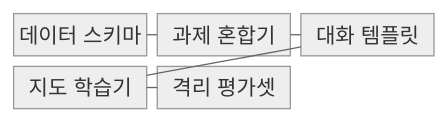
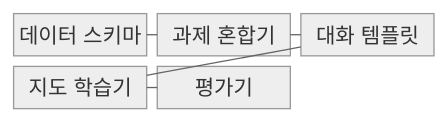
Before and after one commit to agnusdei1207/knowledge-base: the first of 2 diagrams in src/content/docs/notes/08-latest-tech/060_instruction_tuning.md, drawn with Mermaid (neutral theme). The commit also changed other lines of this file and 20 other files, not shown here.

````diff
--- a/src/content/docs/notes/08-latest-tech/060_instruction_tuning.md
+++ b/src/content/docs/notes/08-latest-tech/060_instruction_tuning.md
@@ -69,13 +69,13 @@
 ```mermaid
 block-beta
   columns 3
   schema["데이터 스키마"]
   mixer["과제 혼합기"]
   template["대화 템플릿"]
   trainer["지도 학습기"]
-  evaluator["격리 평가셋"]
+  evaluator["평가기"]
   schema --- mixer
   mixer --- template
   template --- trainer
   trainer --- evaluator
 ```
````
